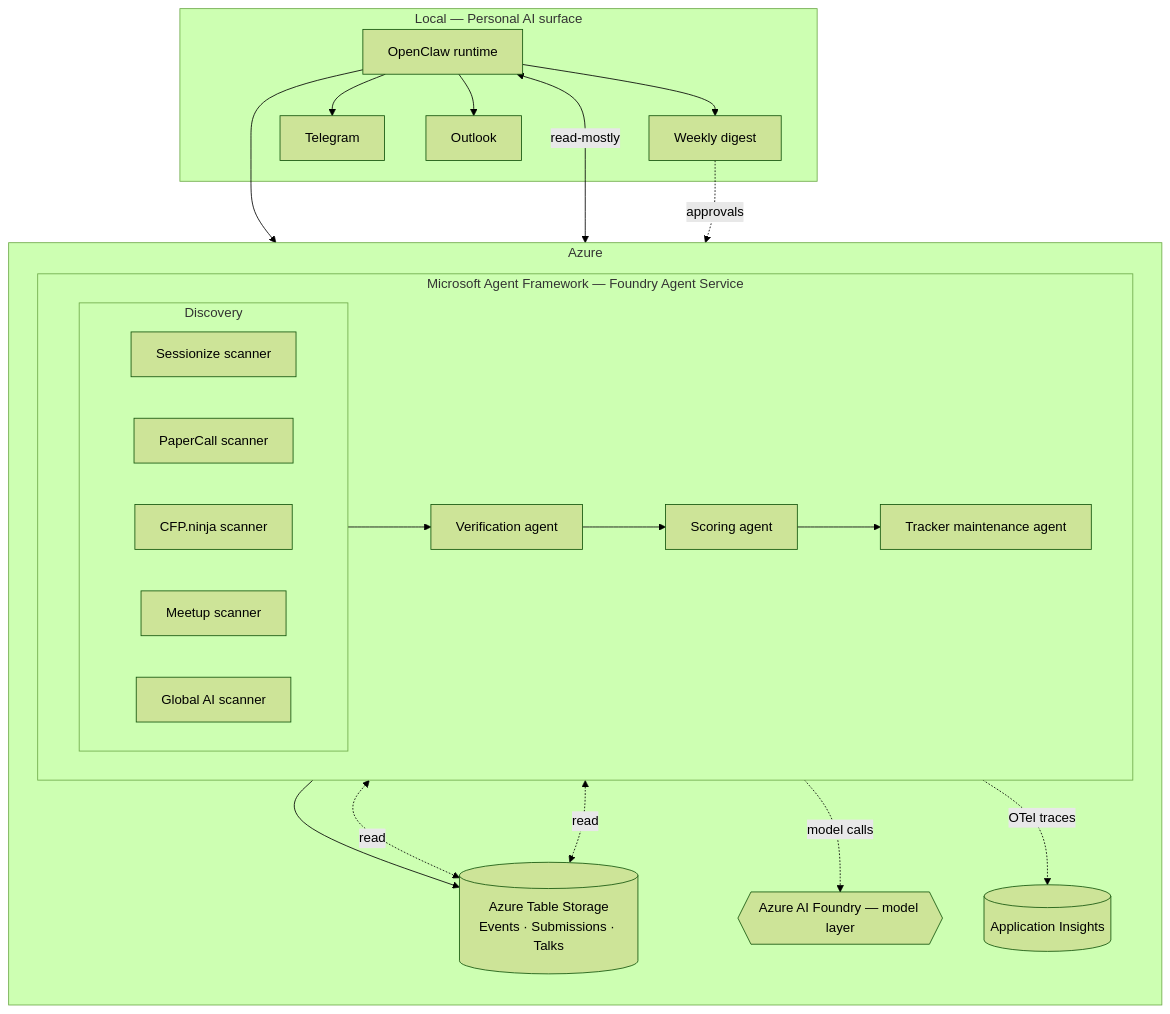
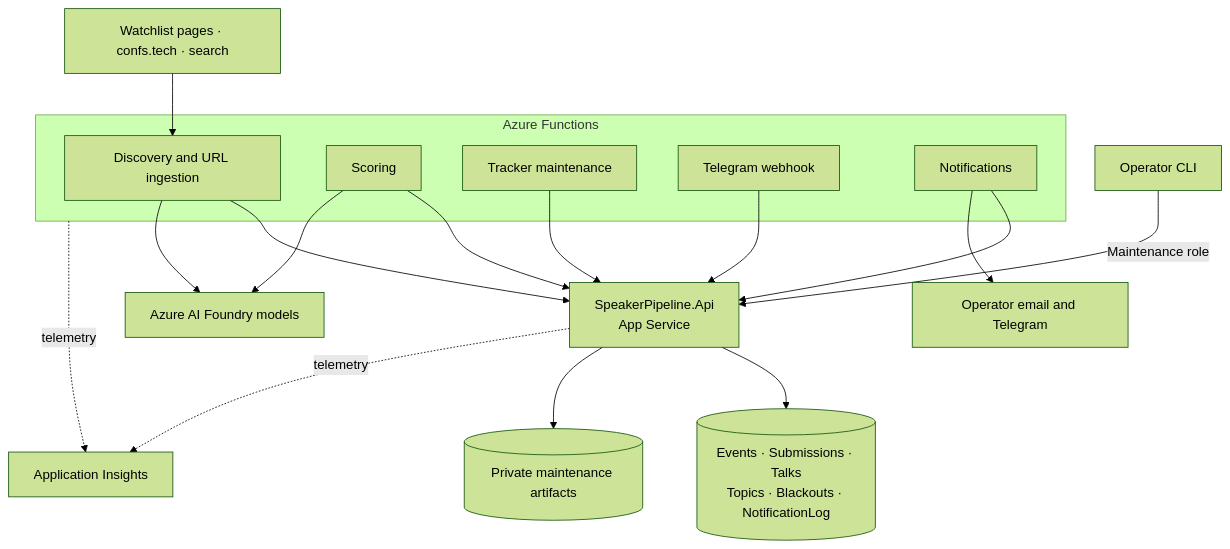
Before and after one commit to bhaydin/speaker-pipeline: the diagram in docs/architecture-overview.md, drawn with Mermaid (forest theme). The commit also changed other lines of this file and 72 other files, not shown here.

````diff
--- a/docs/architecture-overview.md
+++ b/docs/architecture-overview.md
@@ -7,46 +11,30 @@
 ```mermaid
 flowchart TB
-    subgraph Cloud["Azure"]
-        direction TB
-        subgraph MAF["Microsoft Agent Framework — Foundry Agent Service"]
-            direction LR
-            subgraph DiscoveryLane["Discovery"]
-                D1[Sessionize scanner]
-                D2[PaperCall scanner]
-                D3[CFP.ninja scanner]
-                D4[Meetup scanner]
-                D5[Global AI scanner]
-            end
-            Verify[Verification agent]
-            Score[Scoring agent]
-            Track[Tracker maintenance agent]
-        end
-        Tables[("Azure Table Storage<br/>Events · Submissions · Talks")]
-        Foundry{{Azure AI Foundry — model layer}}
-        AppI[(Application Insights)]
+    Sources["Watchlist pages · confs.tech · search"] --> Discovery
+    subgraph Functions["Azure Functions"]
+        Discovery["Discovery and URL ingestion"]
+        Scoring[Scoring]
+        Tracker["Tracker maintenance"]
+        Bot["Telegram webhook"]
+        Notify[Notifications]
     end
-
-    subgraph Local["Local — Personal AI surface"]
-        OC[OpenClaw runtime]
-        Digest[Weekly digest]
-        TG[Telegram]
-        OL[Outlook]
-    end
-
-    DiscoveryLane --> Verify
-    Verify --> Score
-    Score --> Track
-    Track --> Tables
-    Verify <-.->|read| Tables
-    Score <-.->|read| Tables
-
-    MAF -.->|model calls| Foundry
-    MAF -.->|OTel traces| AppI
-
-    OC --> Foundry
-    OC <-->|read-mostly| Tables
-    OC --> Digest
-    OC --> TG
-    OC --> OL
-    Digest -. approvals .-> Score
+    Foundry["Azure AI Foundry models"]
+    API["SpeakerPipeline.Api<br/>App Service"]
+    Tables[("Events · Submissions · Talks<br/>Topics · Blackouts · NotificationLog")]
+    Artifacts[("Private maintenance artifacts")]
+    Insights["Application Insights"]
+    Operator["Operator CLI"]
+    Discovery --> API
+    Scoring --> API
+    Tracker --> API
+    Bot --> API
+    Notify --> API
+    Discovery --> Foundry
+    Scoring --> Foundry
+    API --> Tables
+    API --> Artifacts
+    Operator -->|Maintenance role| API
+    Functions -. telemetry .-> Insights
+    API -. telemetry .-> Insights
+    Notify --> Channels["Operator email and Telegram"]
 ```
````
